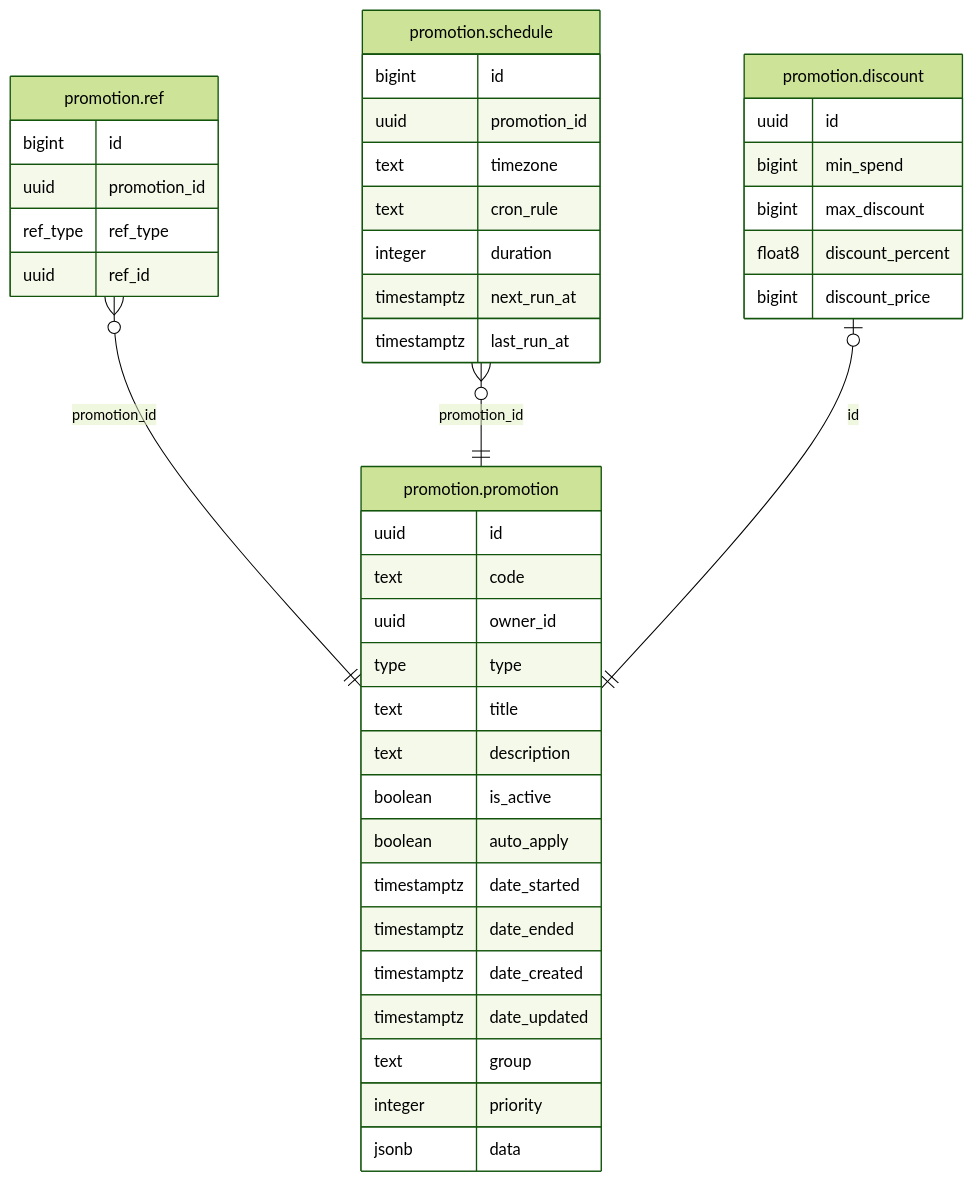
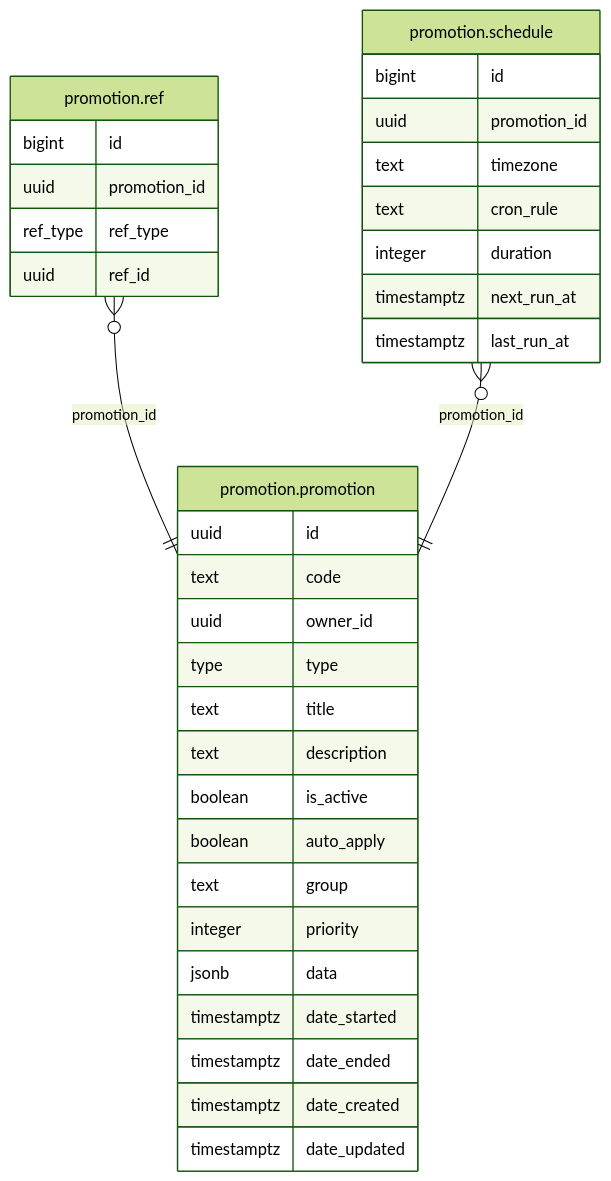
One commit to shopnexus/shopnexus-server changed the diagram in internal/module/promotion/README.md. Above: the diagram before and after it, drawn with Mermaid (forest theme). The commit also changed other lines of this file and 7 other files, not shown here.

````diff
--- a/internal/module/promotion/README.md
+++ b/internal/module/promotion/README.md
@@ -10,46 +10,38 @@
 ```mermaid
 erDiagram
 "promotion.ref" }o--|| "promotion.promotion" : "promotion_id"
 "promotion.schedule" }o--|| "promotion.promotion" : "promotion_id"
-"promotion.discount" |o--|| "promotion.promotion" : "id"
 
-"promotion.discount" {
-  uuid id
-  bigint min_spend
-  bigint max_discount
-  float8 discount_percent
-  bigint discount_price
-}
 "promotion.promotion" {
   uuid id
   text code
   uuid owner_id
   type type
   text title
   text description
   boolean is_active
   boolean auto_apply
+  text group
+  integer priority
+  jsonb data
   timestamptz date_started
   timestamptz date_ended
   timestamptz date_created
   timestamptz date_updated
-  text group
-  integer priority
-  jsonb data
 }
 "promotion.ref" {
   bigint id
   uuid promotion_id
   ref_type ref_type
   uuid ref_id
 }
 "promotion.schedule" {
   bigint id
   uuid promotion_id
   text timezone
   text cron_rule
   integer duration
   timestamptz next_run_at
   timestamptz last_run_at
 }
 ```
````
